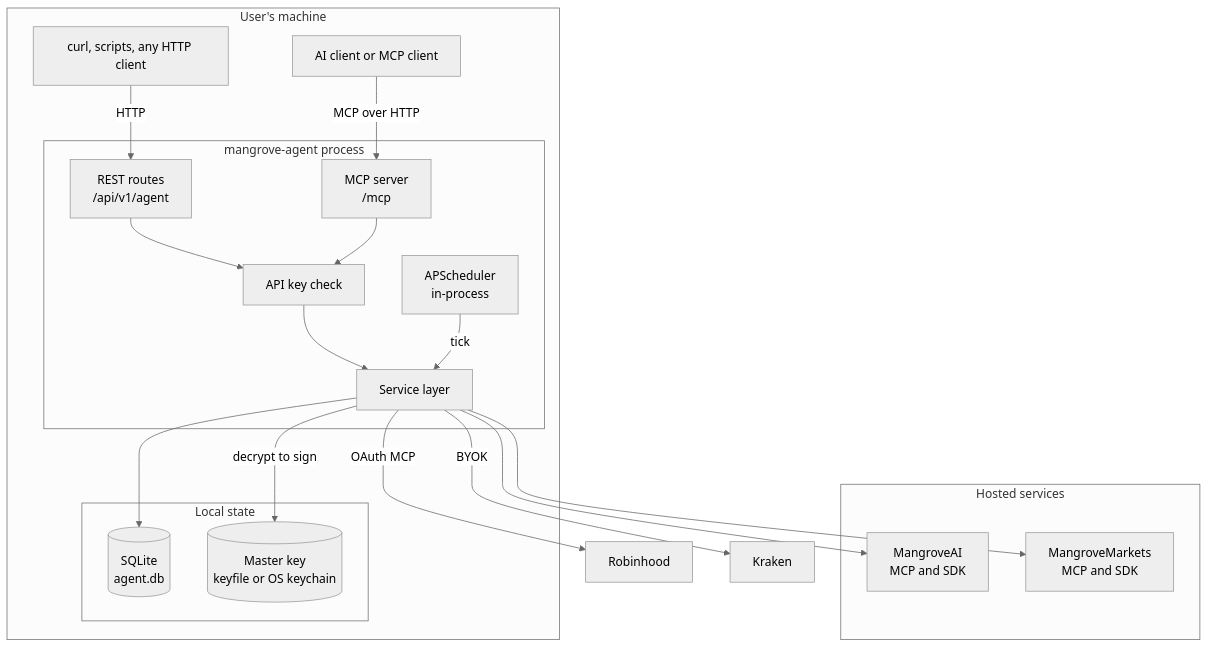
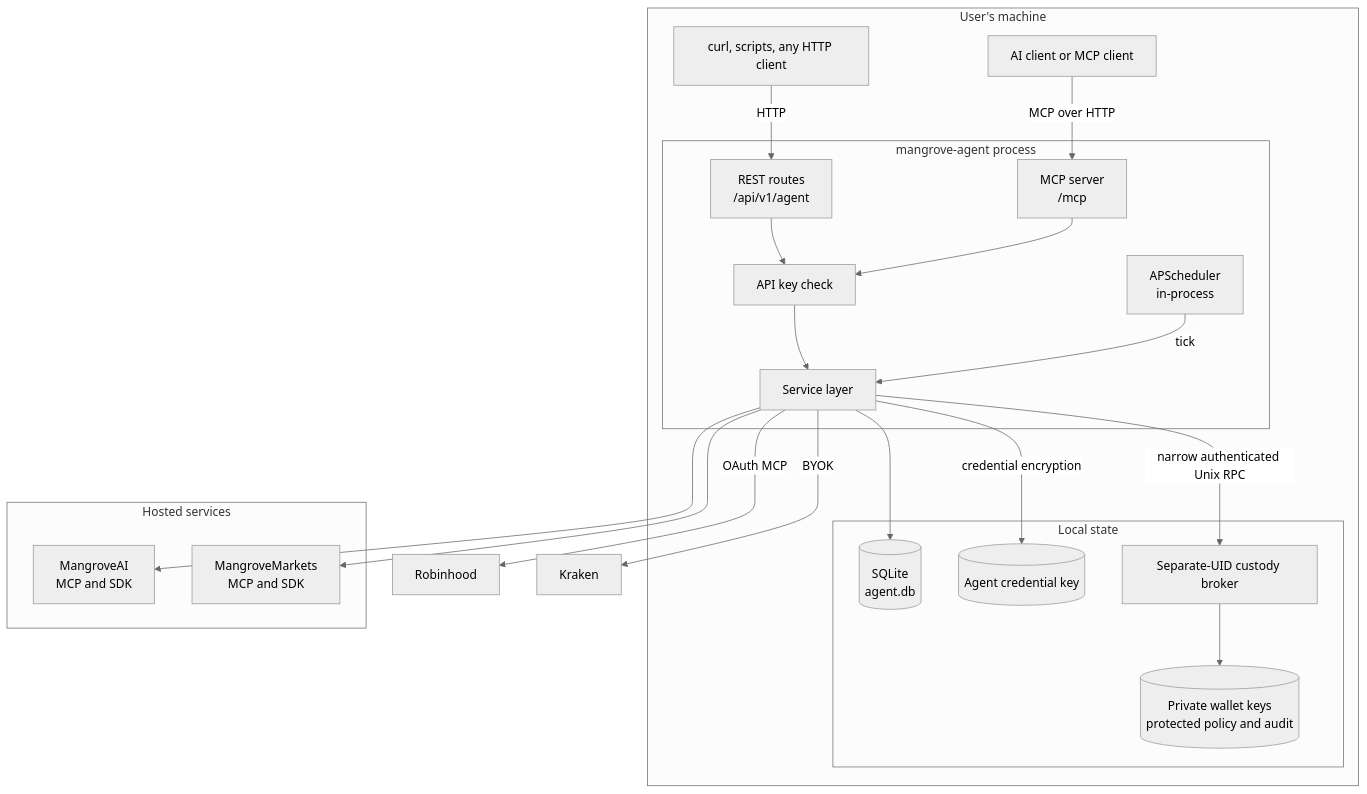
The first of 3 diagrams in docs/architecture.md (MangroveTechnologies/mangrove-agent), drawn with Mermaid (neutral theme) before and after one commit. The commit also changed other lines of this file and 84 other files, not shown here.

Commit message:
fix: isolate wallet custody and constrain agent signing

````diff
--- a/docs/architecture.md
+++ b/docs/architecture.md
@@ -23,38 +22,42 @@
 ```mermaid
 graph TB
     subgraph "User's machine"
         Client[AI client or MCP client]
         Http[curl, scripts, any HTTP client]
 
         subgraph "mangrove-agent process"
             REST[REST routes<br/>/api/v1/agent]
             MCP[MCP server<br/>/mcp]
             Auth[API key check]
             Services[Service layer]
             Sched[APScheduler<br/>in-process]
         end
 
         subgraph "Local state"
             DB[(SQLite<br/>agent.db)]
-            Key[(Master key<br/>keyfile or OS keychain)]
+            Key[(Agent credential key)]
+            Custody[Separate-UID custody broker]
+            CustodyState[(Private wallet keys<br/>protected policy and audit)]
         end
     end
 
     subgraph "Hosted services"
         AI[MangroveAI<br/>MCP and SDK]
         Mkts[MangroveMarkets<br/>MCP and SDK]
     end
 
     Client -->|MCP over HTTP| MCP
     Http -->|HTTP| REST
     REST --> Auth
     MCP --> Auth
     Auth --> Services
     Sched -->|tick| Services
     Services --> DB
-    Services -->|decrypt to sign| Key
+    Services -->|credential encryption| Key
+    Services -->|narrow authenticated Unix RPC| Custody
+    Custody --> CustodyState
     Services --> AI
     Services --> Mkts
     Services -->|OAuth MCP| RH[Robinhood]
     Services -->|BYOK| KR[Kraken]
 ```
````
